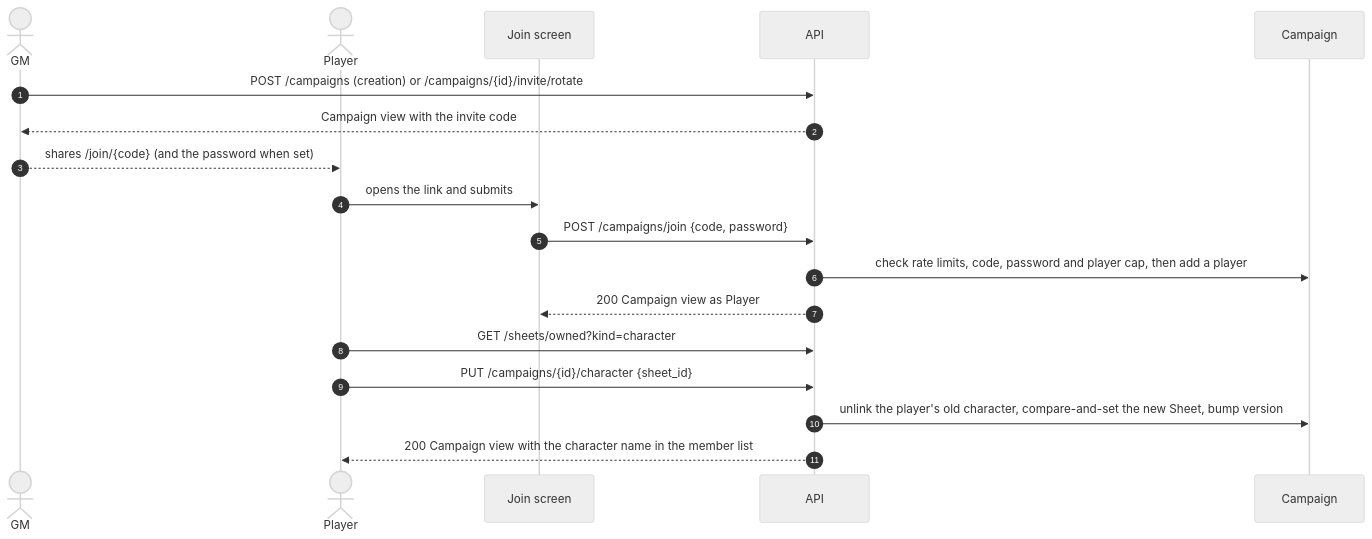
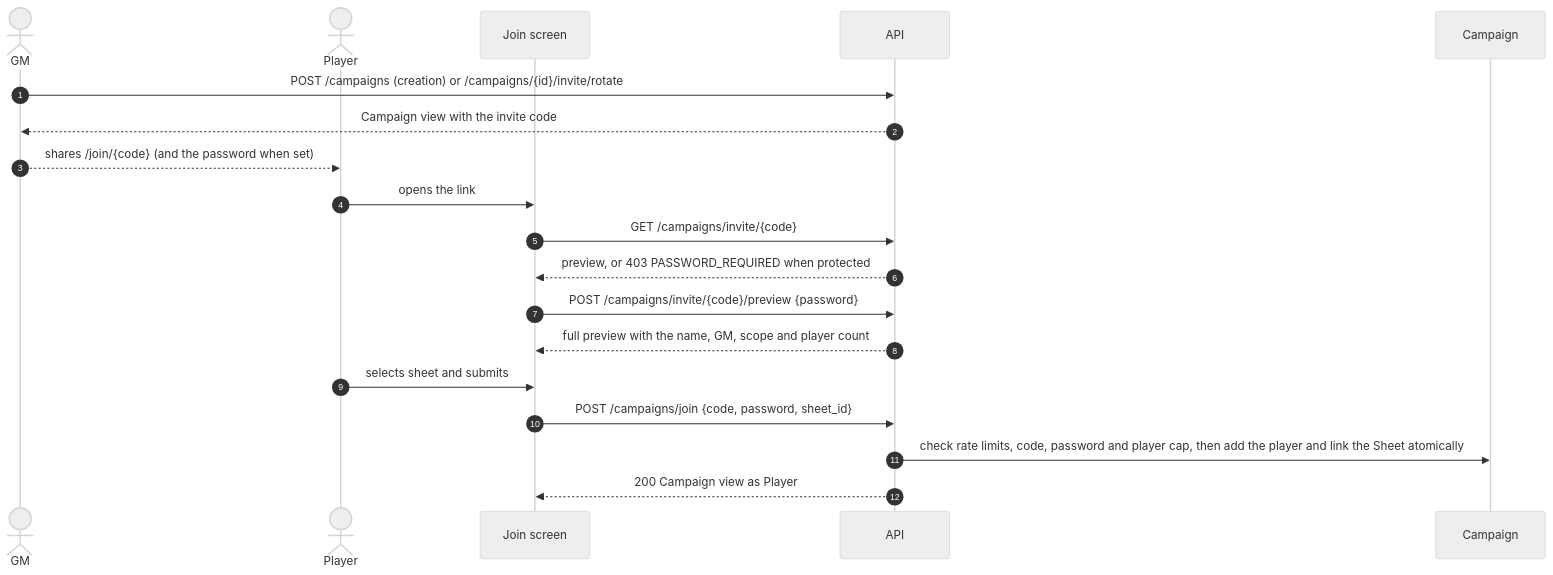
One commit to paulo-valleriote/legnaris changed the first of 5 diagrams in context/campaigns.md. Above: the diagram before and after it, drawn with Mermaid (neutral theme). The commit also changed other lines of this file and 7 other files, not shown here.

Commit message:
LGN-501: preview campaign invites and link a sheet on join

````diff
--- a/context/campaigns.md
+++ b/context/campaigns.md
@@ -28,20 +28,21 @@
 ```mermaid
 sequenceDiagram
   autonumber
   actor G as GM
   actor P as Player
   participant W as Join screen
   participant A as API
   participant C as Campaign
   G->>A: POST /campaigns (creation) or /campaigns/{id}/invite/rotate
   A-->>G: Campaign view with the invite code
   G-->>P: shares /join/{code} (and the password when set)
-  P->>W: opens the link and submits
-  W->>A: POST /campaigns/join {code, password}
-  A->>C: check rate limits, code, password and player cap, then add a player
+  P->>W: opens the link
+  W->>A: GET /campaigns/invite/{code}
+  A-->>W: preview, or 403 PASSWORD_REQUIRED when protected
+  W->>A: POST /campaigns/invite/{code}/preview {password}
+  A-->>W: full preview with the name, GM, scope and player count
+  P->>W: selects sheet and submits
+  W->>A: POST /campaigns/join {code, password, sheet_id}
+  A->>C: check rate limits, code, password and player cap, then add the player and link the Sheet atomically
   A-->>W: 200 Campaign view as Player
-  P->>A: GET /sheets/owned?kind=character
-  P->>A: PUT /campaigns/{id}/character {sheet_id}
-  A->>C: unlink the player's old character, compare-and-set the new Sheet, bump version
-  A-->>P: 200 Campaign view with the character name in the member list
 ```
````
